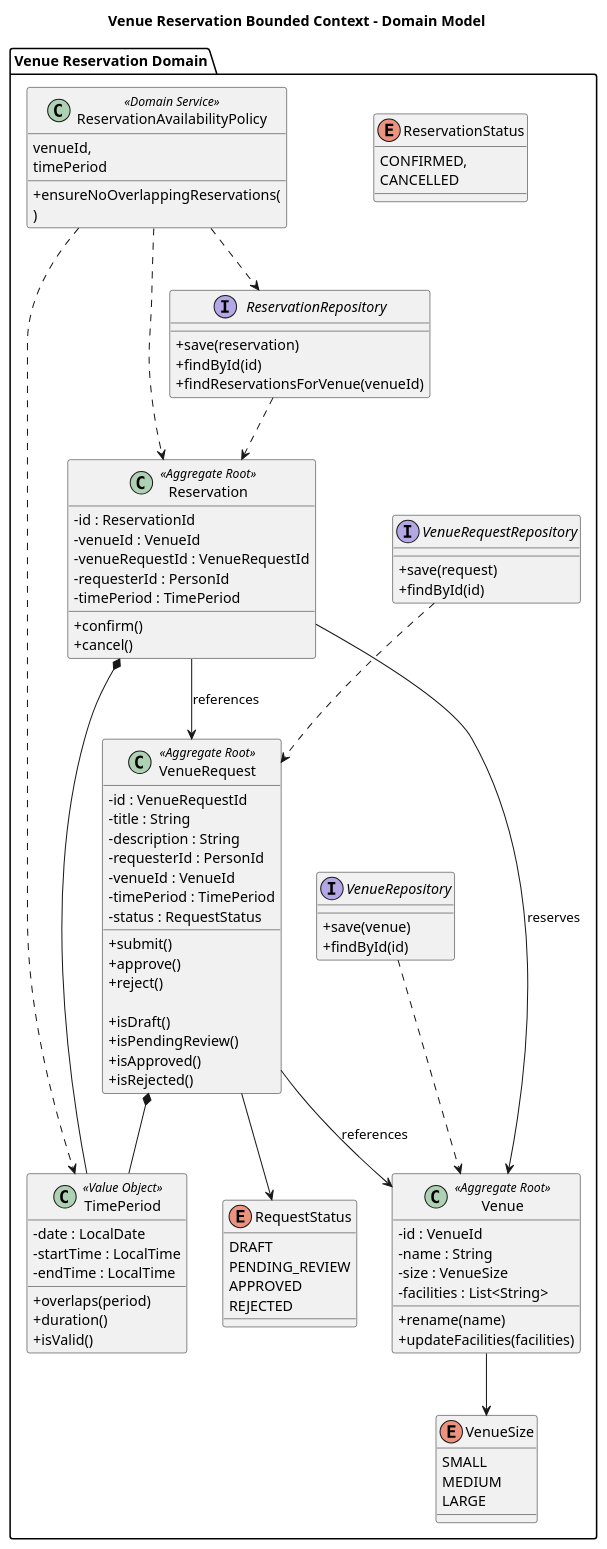
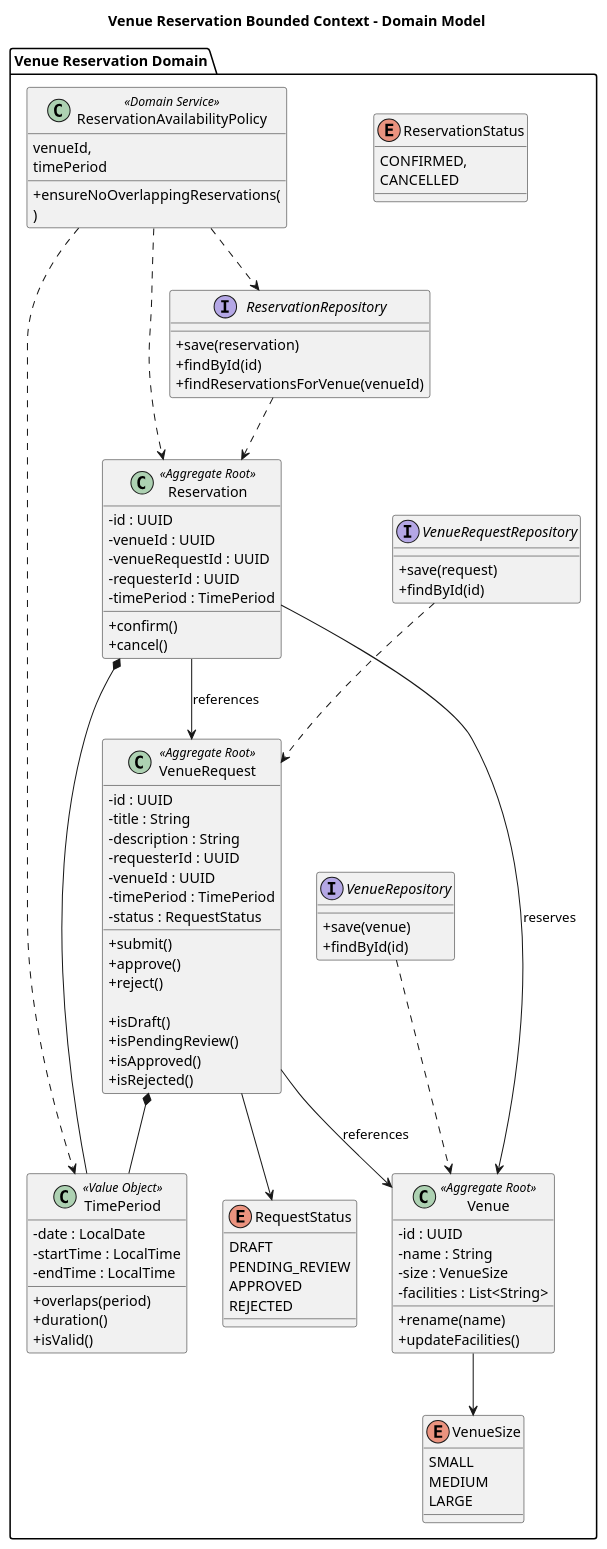
One commit to mirukibs/Venue-Request changed the diagram in documentation/VenueReservation.puml. Above: the diagram before and after it, drawn with PlantUML. The commit also changed 2 other files, not shown here.

Commit message:
fix(VenueReservation): Fixed inconsistencies between the plantuml and the java code.
- Added parameters to the java code while removing some in the plantuml.

```diff
--- a/documentation/VenueReservation.puml
+++ b/documentation/VenueReservation.puml
@@ -1,144 +1,144 @@
 @startuml Venue Reservation Bounded Context - Domain Model
 title Venue Reservation Bounded Context - Domain Model
 
 skinparam classAttributeIconSize 0
 
 package "Venue Reservation Domain" {
 
 '=========================
 ' Aggregate Roots
 '=========================
 
 class VenueRequest <<Aggregate Root>> {
-    - id : VenueRequestId
+    - id : UUID
     - title : String
     - description : String
-    - requesterId : PersonId
-    - venueId : VenueId
+    - requesterId : UUID
+    - venueId : UUID
     - timePeriod : TimePeriod
     - status : RequestStatus
 
     + submit()
     + approve()
     + reject()
 
     + isDraft()
     + isPendingReview()
     + isApproved()
     + isRejected()
 }
 
 class Reservation <<Aggregate Root>> {
-    - id : ReservationId
-    - venueId : VenueId
-    - venueRequestId : VenueRequestId
-    - requesterId : PersonId
+    - id : UUID
+    - venueId : UUID
+    - venueRequestId : UUID
+    - requesterId : UUID
     - timePeriod : TimePeriod
 
     + confirm()
     + cancel()
 }
 
 class Venue <<Aggregate Root>> {
-    - id : VenueId
+    - id : UUID
     - name : String
     - size : VenueSize
     - facilities : List<String>
 
     + rename(name)
-    + updateFacilities(facilities)
+    + updateFacilities()
 }
 
 '=========================
 ' Value Objects
 '=========================
 
 class TimePeriod <<Value Object>> {
     - date : LocalDate
     - startTime : LocalTime
     - endTime : LocalTime
 
     + overlaps(period)
     + duration()
     + isValid()
 }
 
 '=========================
 ' Enumerations
 '=========================
 
 enum RequestStatus {
     DRAFT
     PENDING_REVIEW
     APPROVED
     REJECTED
 }
 
 enum VenueSize {
     SMALL
     MEDIUM
     LARGE
 }
 
 enum ReservationStatus {
     CONFIRMED,
     CANCELLED
 }
 
 '=========================
 ' Domain Service
 '=========================
 
 class ReservationAvailabilityPolicy <<Domain Service>> {
     + ensureNoOverlappingReservations(
         venueId,
         timePeriod
     )
 }
 
 '=========================
 ' Repository Interfaces
 '=========================
 
 interface VenueRequestRepository {
     + save(request)
     + findById(id)
 }
 
 interface ReservationRepository {
     + save(reservation)
     + findById(id)
     + findReservationsForVenue(venueId)
 }
 
 interface VenueRepository {
     + save(venue)
     + findById(id)
 }
 
 }
 
 '=========================
 ' Relationships
 '=========================
 
 VenueRequest *-- TimePeriod
 Reservation *-- TimePeriod
 
 Venue --> VenueSize
 
 VenueRequest --> RequestStatus
 
 Reservation --> VenueRequest : references
 VenueRequest --> Venue : references
 Reservation --> Venue : reserves
 
 ReservationAvailabilityPolicy ..> ReservationRepository
 ReservationAvailabilityPolicy ..> Reservation
 ReservationAvailabilityPolicy ..> TimePeriod
 
 VenueRequestRepository ..> VenueRequest
 ReservationRepository ..> Reservation
 VenueRepository ..> Venue
 
 @enduml
```
